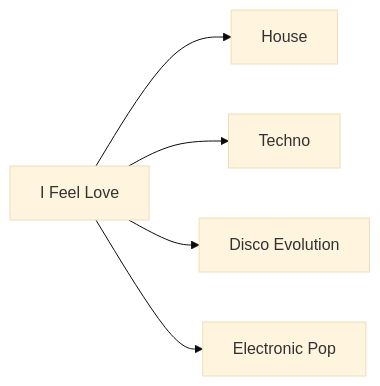
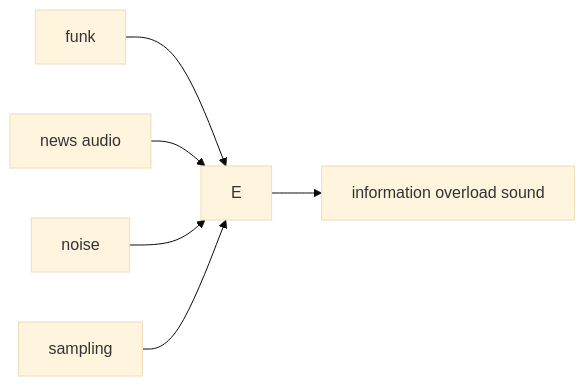
Diagram 20 of 21 in en/_posts/2026-06-27-column-influential-album-01.md (monumental-movement/monumental-movement.github.io), drawn with Mermaid (base theme) before and after one commit. The commit also changed other lines of this file and 423 other files, not shown here.

```diff
--- a/en/_posts/2026-06-27-column-influential-album-01.md
+++ b/en/_posts/2026-06-27-column-influential-album-01.md
@@ -277,7 +1473,15 @@
 <div class="mermaid">
 flowchart LR
-I[I Feel Love] --> H[House]
-I --> T[Techno]
-I --> D[Disco Evolution]
-I --> E[Electronic Pop]
+A[funk]
+B[news audio]
+C[noise]
+D[sampling]
+
+A --> E
+B --> E
+C --> E
+D --> E
+
+E --> F[information overload sound]
+
 </div>
```
